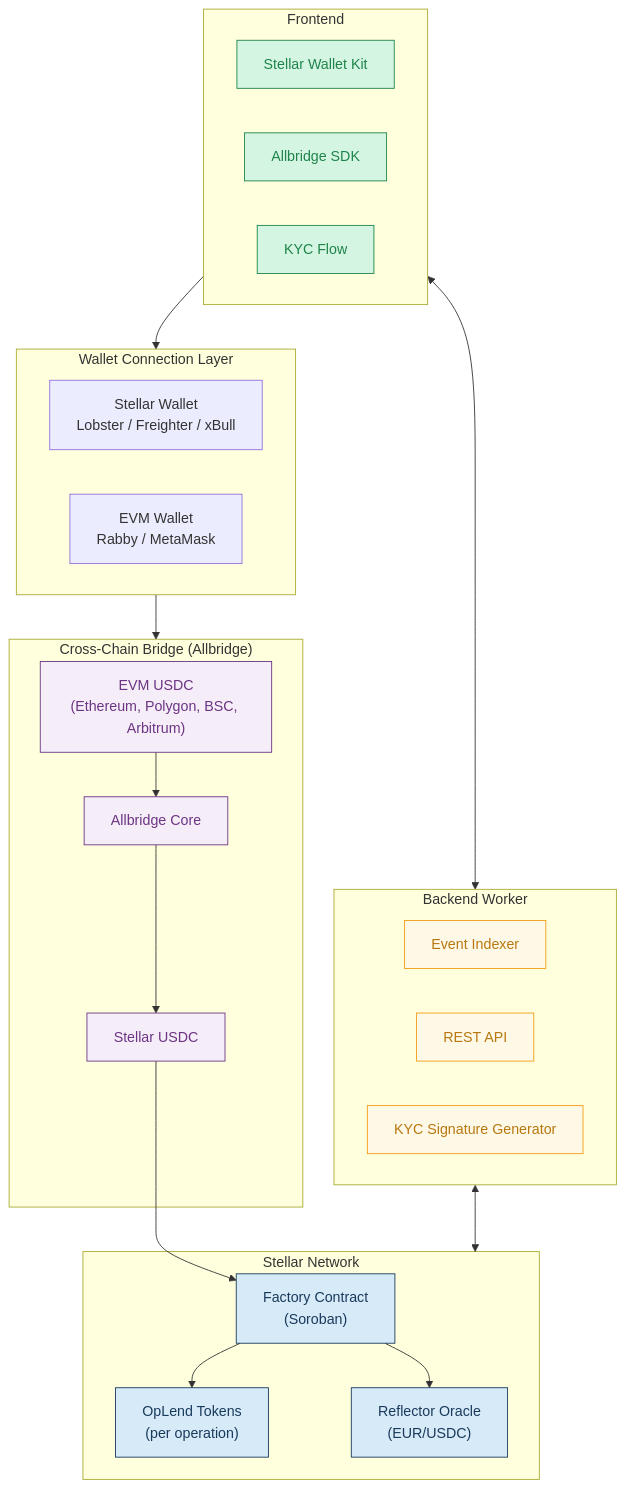
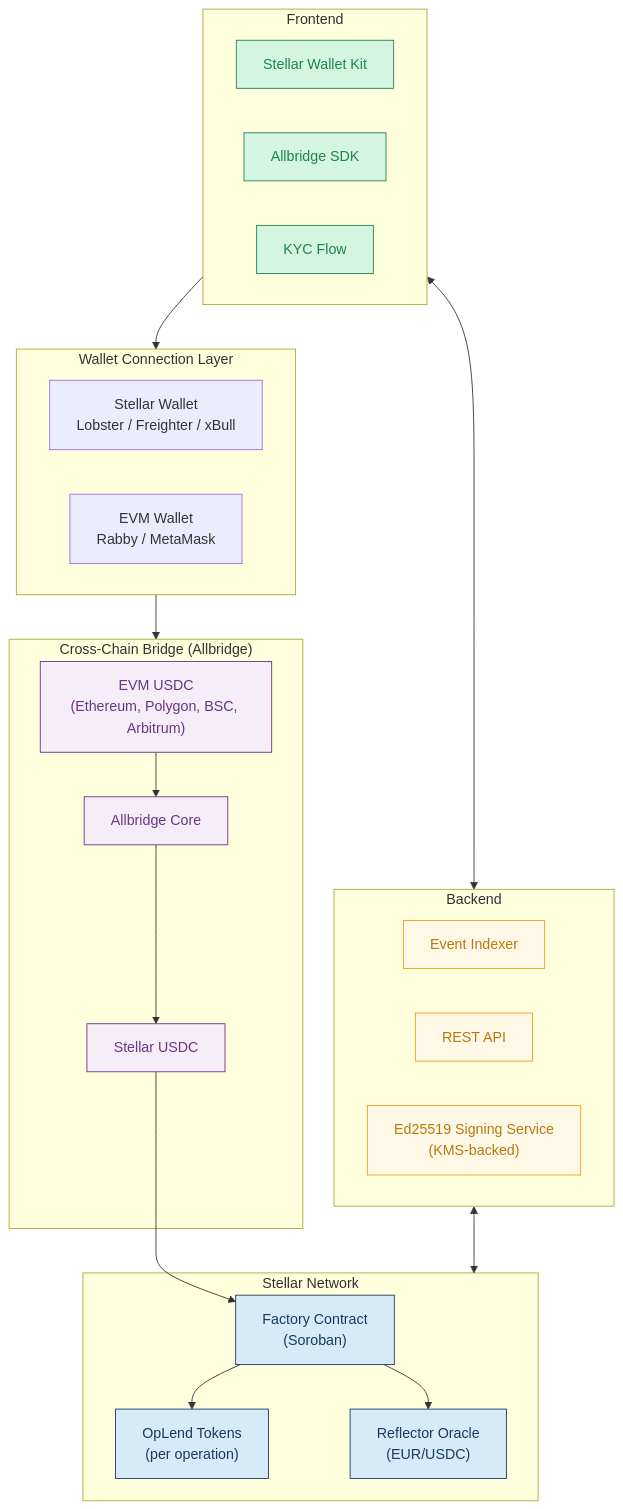
The first of 8 diagrams in README.md (lendxyz/stellar-stack), drawn with Mermaid before and after one commit. The commit also changed other lines of this file, not shown here.

````diff
--- a/README.md
+++ b/README.md
@@ -11,50 +11,50 @@
 ```mermaid
 graph TB
     subgraph Frontend["Frontend"]
         SWK["Stellar Wallet Kit"]
         ABS["Allbridge SDK"]
         KYC["KYC Flow"]
     end
 
-    subgraph Worker["Backend Worker"]
+    subgraph Worker["Backend"]
         IDX["Event Indexer"]
         API["REST API"]
-        SIG["KYC Signature Generator"]
+        SIG["Ed25519 Signing Service<br/>(KMS-backed)"]
     end
 
     subgraph Stellar["Stellar Network"]
         FC["Factory Contract<br/>(Soroban)"]
         OPL["OpLend Tokens<br/>(per operation)"]
         REF["Reflector Oracle<br/>(EUR/USDC)"]
         FC --> OPL
         FC --> REF
     end
 
     subgraph Wallets["Wallet Connection Layer"]
         SW["Stellar Wallet<br/>Lobster / Freighter / xBull"]
         EW["EVM Wallet<br/>Rabby / MetaMask"]
     end
 
     subgraph Bridge["Cross-Chain Bridge (Allbridge)"]
         EVM["EVM USDC<br/>(Ethereum, Polygon, BSC, Arbitrum)"]
         ALB["Allbridge Core"]
         SUSDC["Stellar USDC"]
         EVM --> ALB --> SUSDC
     end
 
     Frontend <--> Worker
     Worker <--> Stellar
     Frontend --> Wallets
     Wallets --> Bridge
     SUSDC --> FC
 
     classDef stellar fill:#d6eaf8,stroke:#1a3a5c,color:#1a3a5c
     classDef frontend fill:#d5f5e3,stroke:#1e8449,color:#1e8449
     classDef worker fill:#fef9e7,stroke:#f39c12,color:#b9770e
     classDef bridge fill:#f5eef8,stroke:#6c3483,color:#6c3483
 
     class FC,OPL,REF stellar
     class SWK,ABS,KYC frontend
     class IDX,API,SIG worker
     class EVM,ALB,SUSDC bridge
 ```
````
